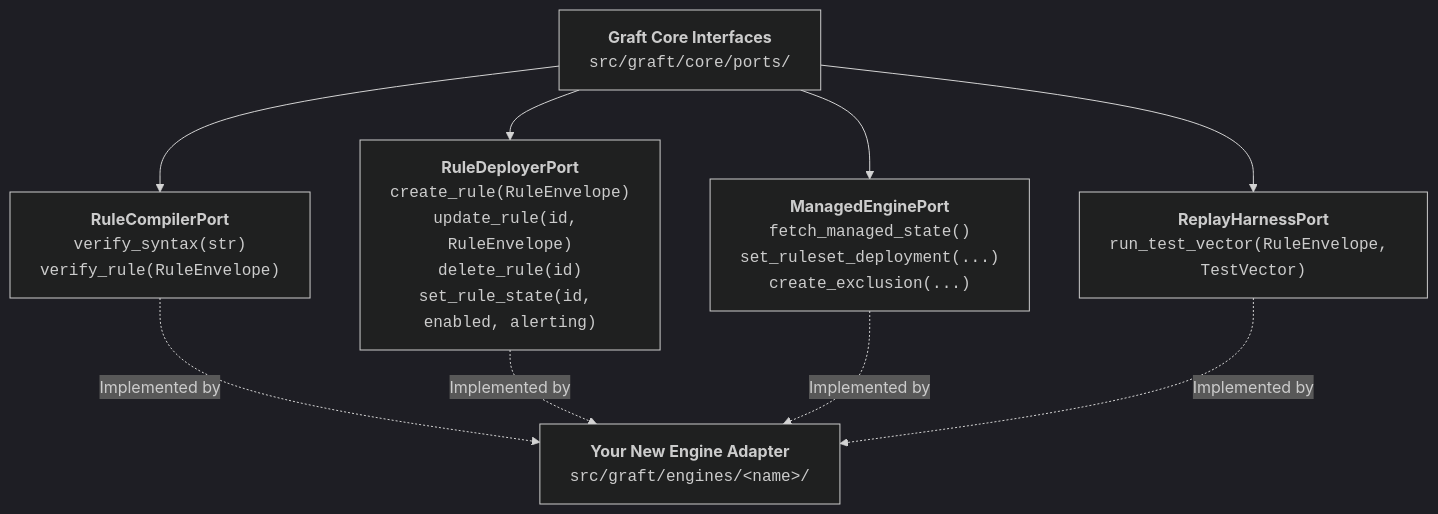
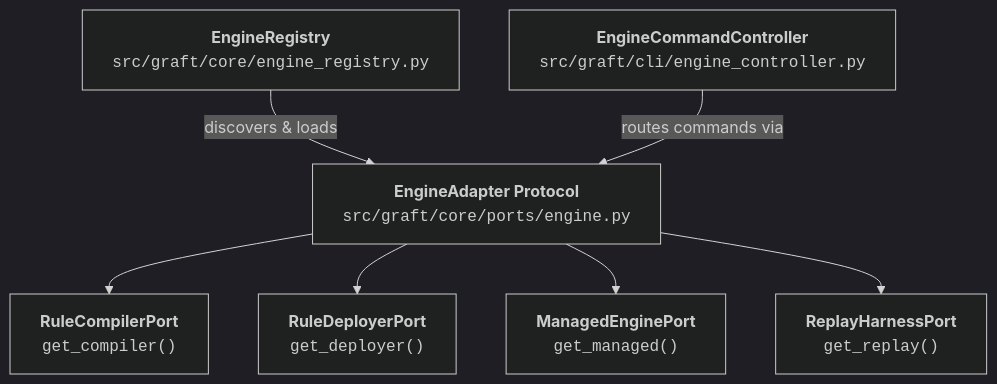
The diagram in docs/engines/extending_engines.md (lopes/graft), drawn with Mermaid (dark theme) before and after one commit. The commit also changed other lines of this file and 6 other files, not shown here.

Commit message:
scaffold,docs: update engine scaffolding to encapsulated adapter structure and refresh docs

````diff
--- a/docs/engines/extending_engines.md
+++ b/docs/engines/extending_engines.md
@@ -39,14 +80,18 @@
 ```mermaid
 flowchart TD
-    CORE["<b>Graft Core Interfaces</b><br/><code>src/graft/core/ports/</code>"]
-    CORE --> P1["<b>RuleCompilerPort</b><br/><code>verify_syntax(str)</code><br/><code>verify_rule(RuleEnvelope)</code>"]
-    CORE --> P2["<b>RuleDeployerPort</b><br/><code>create_rule(RuleEnvelope)</code><br/><code>update_rule(id, RuleEnvelope)</code><br/><code>delete_rule(id)</code><br/><code>set_rule_state(id, enabled, alerting)</code>"]
-    CORE --> P3["<b>ManagedEnginePort</b><br/><code>fetch_managed_state()</code><br/><code>set_ruleset_deployment(...)</code><br/><code>create_exclusion(...)</code>"]
-    CORE --> P4["<b>ReplayHarnessPort</b><br/><code>run_test_vector(RuleEnvelope, TestVector)</code>"]
+    REGISTRY["<b>EngineRegistry</b><br/><code>src/graft/core/engine_registry.py</code>"]
+    CONTROLLER["<b>EngineCommandController</b><br/><code>src/graft/cli/engine_controller.py</code>"]
+    ADAPTER["<b>EngineAdapter Protocol</b><br/><code>src/graft/core/ports/engine.py</code>"]
 
-    ENGINE["<b>Your New Engine Adapter</b><br/><code>src/graft/engines/&lt;name&gt;/</code>"]
-    P1 -. Implemented by .-> ENGINE
-    P2 -. Implemented by .-> ENGINE
-    P3 -. Implemented by .-> ENGINE
-    P4 -. Implemented by .-> ENGINE
+    P1["<b>RuleCompilerPort</b><br/><code>get_compiler()</code>"]
+    P2["<b>RuleDeployerPort</b><br/><code>get_deployer()</code>"]
+    P3["<b>ManagedEnginePort</b><br/><code>get_managed()</code>"]
+    P4["<b>ReplayHarnessPort</b><br/><code>get_replay()</code>"]
+
+    REGISTRY -->|discovers & loads| ADAPTER
+    CONTROLLER -->|routes commands via| ADAPTER
+    ADAPTER --> P1
+    ADAPTER --> P2
+    ADAPTER --> P3
+    ADAPTER --> P4
 ```
````
